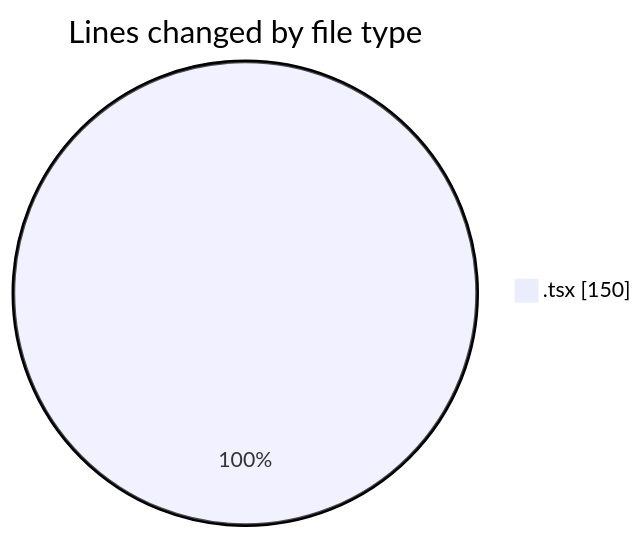
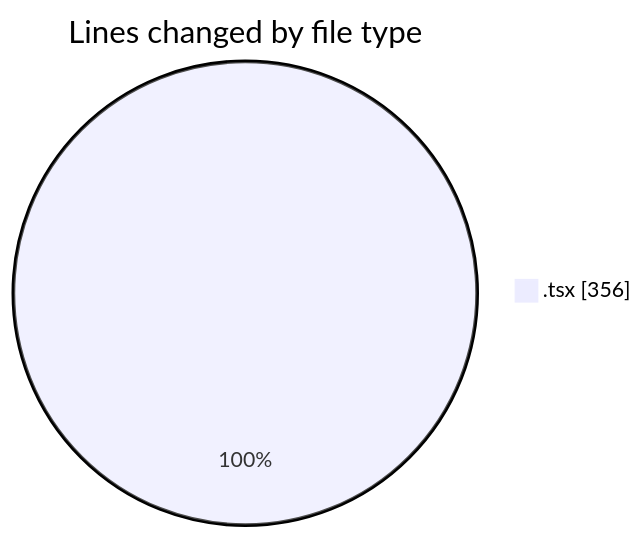
Before and after one commit to julien-gomy/code-tracking: the first of 2 diagrams in 2025-11-18/eventscop-frontend-guide__workspace_/README.md, drawn with Mermaid. The commit also changed other lines of this file and 1 other file, not shown here.

````diff
--- a/2025-11-18/eventscop-frontend-guide__workspace_/README.md
+++ b/2025-11-18/eventscop-frontend-guide__workspace_/README.md
@@ -22,5 +25,5 @@
 ```mermaid
 pie showData
 title Lines changed by file type
-".tsx" : 150
+".tsx" : 356
 ```
````
